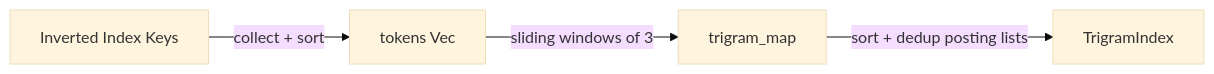
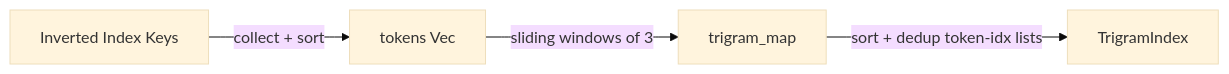
The third of 9 diagrams in docs/architecture.md (pustynsky/xray), drawn with Mermaid (base theme) before and after one commit. The commit also changed other lines of this file and 3 other files, not shown here.

````diff
--- a/docs/architecture.md
+++ b/docs/architecture.md
@@ -271,6 +271,6 @@
 ```mermaid
 graph LR
     A[Inverted Index Keys] -->|collect + sort| B[tokens Vec]
     B -->|sliding windows of 3| C[trigram_map]
-    C -->|sort + dedup posting lists| D[TrigramIndex]
+    C -->|sort + dedup token-idx lists| D[TrigramIndex]
 ```
````
